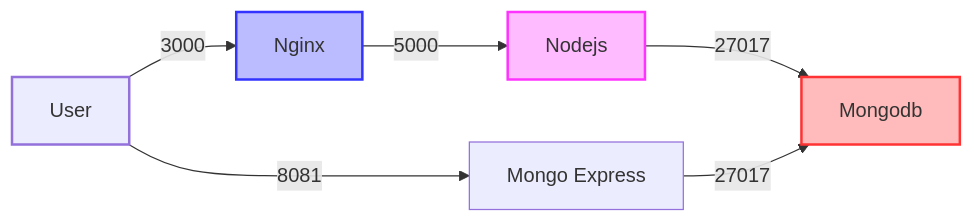
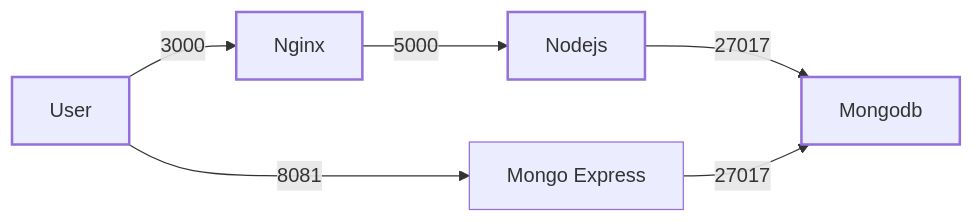
The diagram in README.md (Regorun/firstdocker), drawn with Mermaid before and after one commit.

Commit message:
readme update

````diff
--- a/README.md
+++ b/README.md
@@ -3,22 +3,22 @@
 ```mermaid
 graph LR
     %% Define Nodes
     USER[User]
     FE[Nginx]
     MID[Nodejs]
     BE[Mongodb]
     BEUI[Mongo Express]
 
     %% Define Connnections with Ports
     USER -->|3000| FE
     USER -->|8081| BEUI
     FE -->|5000| MID
     MID -->|27017| BE
     BEUI -->|27017| BE
 
     %% Styling
     style USER fill:#blue,stroke:#black,stroke-width:2px
-    style FE fill:#bbf,stroke:#33f,stroke-width:2px
-    style MID fill:#fbf,stroke:#f3f,stroke-width:2px
-    style BE fill:#fbb,stroke:#f33,stroke-width:2px
+    style FE fill:#blue,stroke:#black,stroke-width:2px
+    style MID fill:#blue,stroke:#black,stroke-width:2px
+    style BE fill:#blue,stroke:#black,stroke-width:2px
 ```
````
